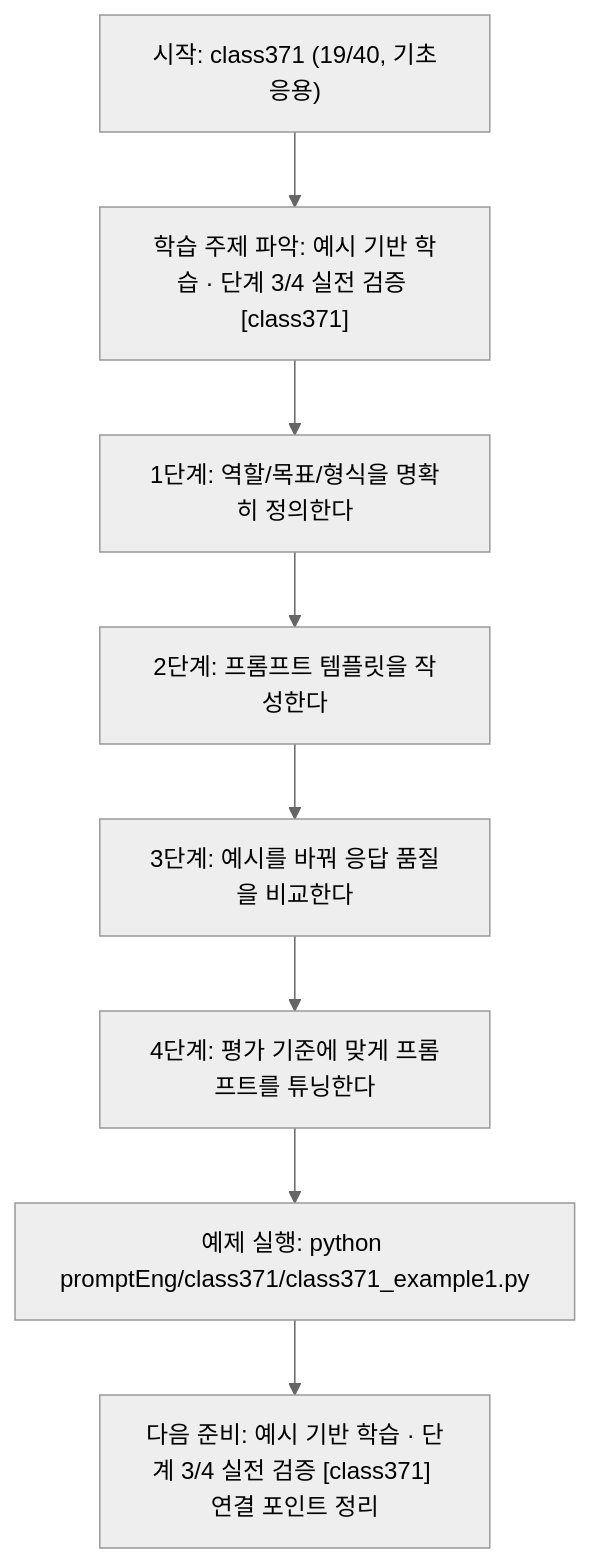
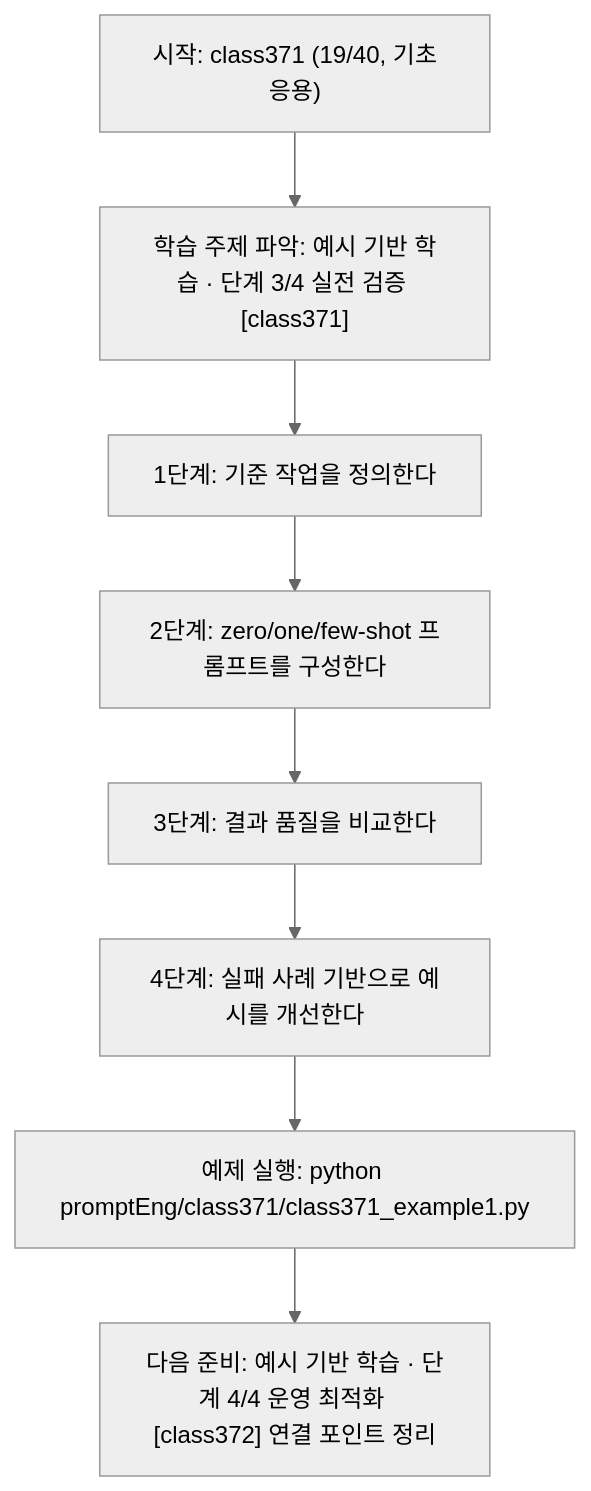
The diagram in promptEng/class371/class371.md (edumgt/Python-AI_Agent-Class), drawn with Mermaid (neutral theme) before and after one commit. The commit also changed other lines of this file and 283 other files, not shown here.

````diff
--- a/promptEng/class371/class371.md
+++ b/promptEng/class371/class371.md
@@ -110,18 +91,18 @@
 ```mermaid
 flowchart TD
 N1["시작: class371 (19/40, 기초응용)"]
 N2["학습 주제 파악: 예시 기반 학습 · 단계 3/4 실전 검증 [class371]"]
-N3["1단계: 역할/목표/형식을 명확히 정의한다"]
-N4["2단계: 프롬프트 템플릿을 작성한다"]
-N5["3단계: 예시를 바꿔 응답 품질을 비교한다"]
-N6["4단계: 평가 기준에 맞게 프롬프트를 튜닝한다"]
+N3["1단계: 기준 작업을 정의한다"]
+N4["2단계: zero/one/few-shot 프롬프트를 구성한다"]
+N5["3단계: 결과 품질을 비교한다"]
+N6["4단계: 실패 사례 기반으로 예시를 개선한다"]
 N7["예제 실행: python promptEng/class371/class371_example1.py"]
-N8["다음 준비: 예시 기반 학습 · 단계 3/4 실전 검증 [class371] 연결 포인트 정리"]
+N8["다음 준비: 예시 기반 학습 · 단계 4/4 운영 최적화 [class372] 연결 포인트 정리"]
 N1 --> N2
 N2 --> N3
 N3 --> N4
 N4 --> N5
 N5 --> N6
 N6 --> N7
 N7 --> N8
 ```
````
